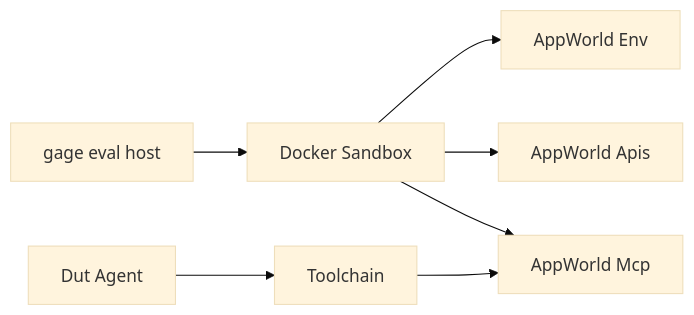
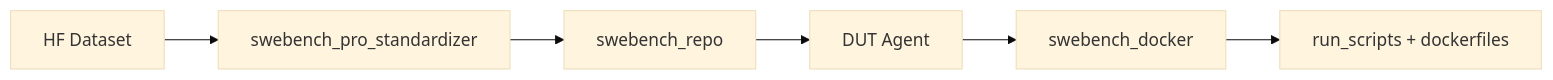
The third of 4 diagrams in docs/guide/agent_evaluation.md (HiThink-Research/GAGE), drawn with Mermaid (base theme) before and after one commit. The commit also changed other lines of this file and 1868 other files, not shown here.

````diff
--- a/docs/guide/agent_evaluation.md
+++ b/docs/guide/agent_evaluation.md
@@ -76,9 +113,8 @@
 ```mermaid
 flowchart LR
-  Host[gage eval host] --> Sandbox[Docker Sandbox]
-  Sandbox --> Env[AppWorld Env]
-  Sandbox --> Api[AppWorld Apis]
-  Sandbox --> Mcp[AppWorld Mcp]
-  Agent[Dut Agent] --> Toolchain[Toolchain]
-  Toolchain --> Mcp
+  HF[HF Dataset] --> Pre[swebench_pro_standardizer]
+  Pre --> Sup[swebench_repo]
+  Sup --> Inf[DUT Agent]
+  Inf --> Judge[swebench_docker]
+  Judge --> Logs[run_scripts + dockerfiles]
 ```
````
